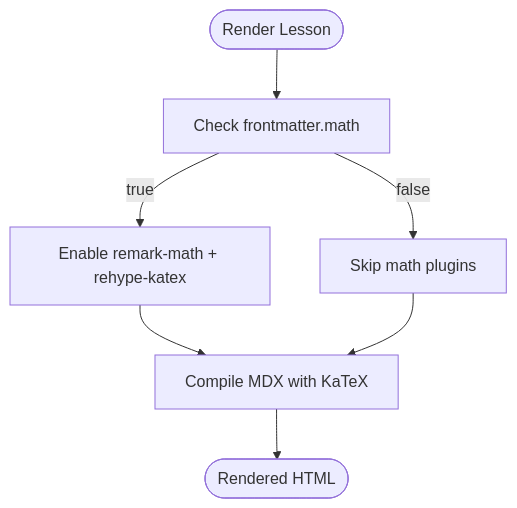
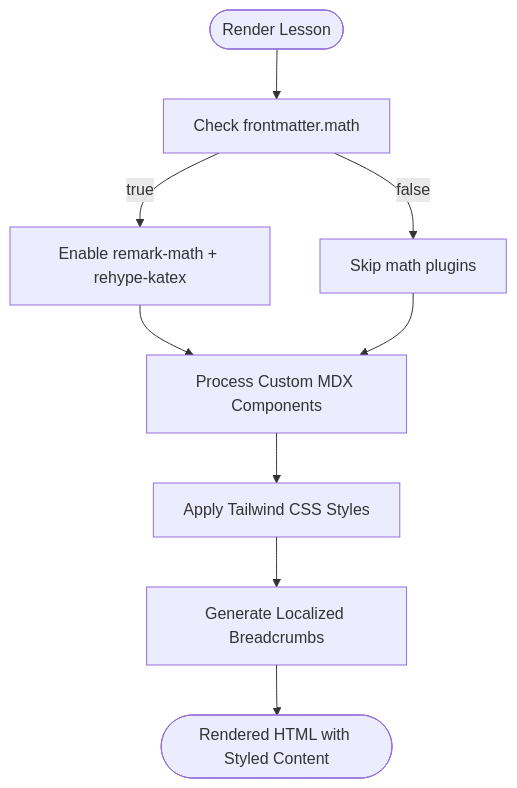
The third of 7 diagrams in .qoder/repowiki/en/content/Core Features/Content Management System/Content Management System.md (AlexKutz/math-app-next-js), drawn with Mermaid before and after one commit. The commit also changed other lines of this file and 125 other files, not shown here.

````diff
--- a/.qoder/repowiki/en/content/Core Features/Content Management System/Content Management System.md
+++ b/.qoder/repowiki/en/content/Core Features/Content Management System/Content Management System.md
@@ -200,9 +251,11 @@
 ```mermaid
 flowchart TD
 Start(["Render Lesson"]) --> CheckMath["Check frontmatter.math"]
 CheckMath --> |true| EnablePlugins["Enable remark-math + rehype-katex"]
 CheckMath --> |false| SkipPlugins["Skip math plugins"]
-EnablePlugins --> CompileMDX["Compile MDX with KaTeX"]
-SkipPlugins --> CompileMDX
-CompileMDX --> Output(["Rendered HTML"])
+EnablePlugins --> ProcessComponents["Process Custom MDX Components"]
+SkipPlugins --> ProcessComponents
+ProcessComponents --> ApplyStyles["Apply Tailwind CSS Styles"]
+ApplyStyles --> GenerateBreadcrumbs["Generate Localized Breadcrumbs"]
+GenerateBreadcrumbs --> Output(["Rendered HTML with Styled Content"])
 ```
````
